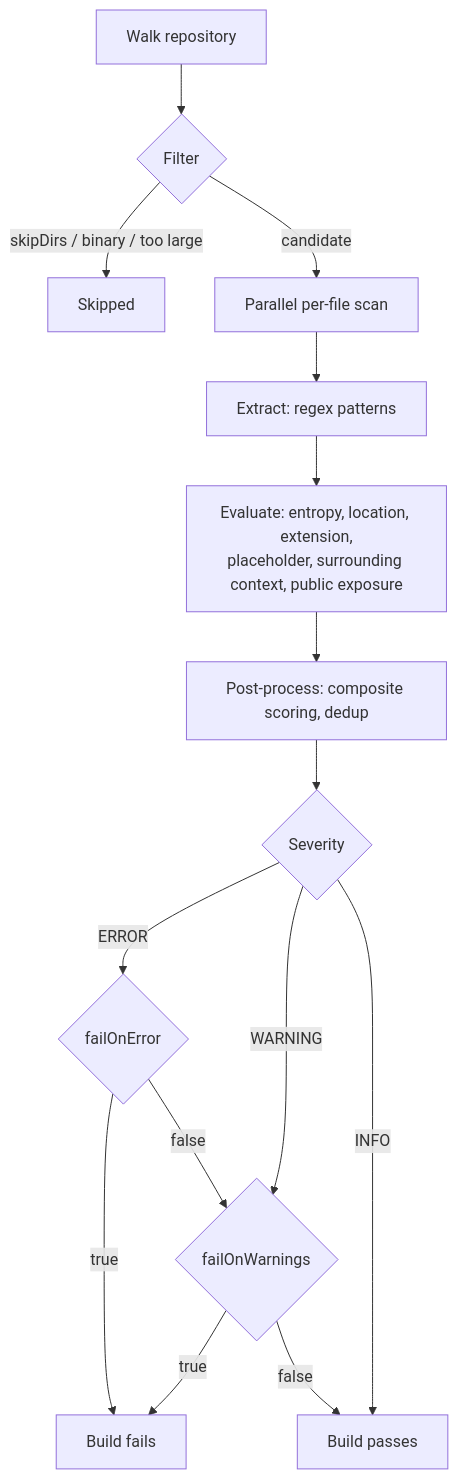
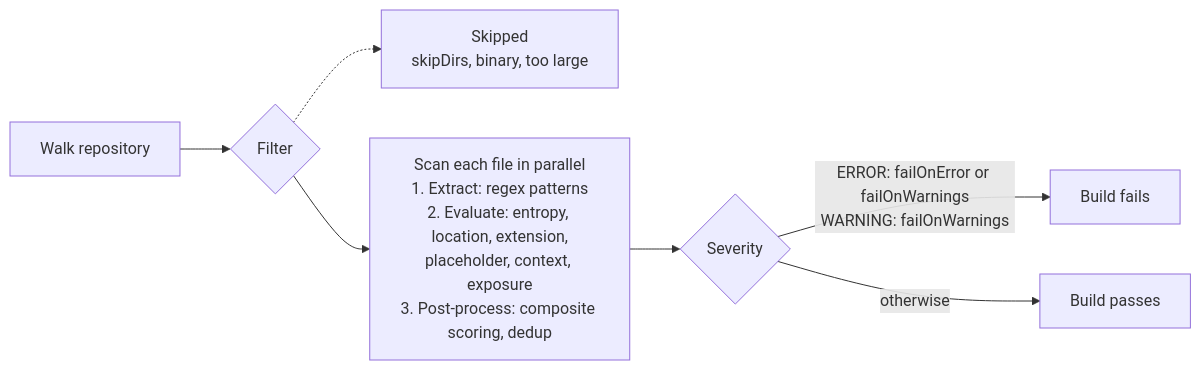
Before and after one commit to nikolas-charalambidis/facepalm-maven-plugin: the second of 2 diagrams in README.md, drawn with Mermaid.

Commit message:
docs: make the How it works diagram compact

````diff
--- a/README.md
+++ b/README.md
@@ -115,17 +115,9 @@
 ```mermaid
-flowchart TD
+flowchart LR
     W[Walk repository] --> F{Filter}
-    F -- skipDirs / binary / too large --> S[Skipped]
-    F -- candidate --> P[Parallel per-file scan]
-    P --> X[Extract: regex patterns]
-    X --> E[Evaluate: entropy, location, extension,<br/>placeholder, surrounding context, public exposure]
-    E --> PP[Post-process: composite scoring, dedup]
-    PP --> SV{Severity}
-    SV -- ERROR --> FE{failOnError}
-    SV -- WARNING --> FW{failOnWarnings}
-    SV -- INFO --> OK[Build passes]
-    FE -- true --> FAIL[Build fails]
-    FE -- false --> FW
-    FW -- true --> FAIL
-    FW -- false --> OK
+    F -.-> S["Skipped<br/>skipDirs, binary, too large"]
+    F --> X["Scan each file in parallel<br/>1. Extract: regex patterns<br/>2. Evaluate: entropy, location, extension,<br/>placeholder, context, exposure<br/>3. Post-process: composite scoring, dedup"]
+    X --> SV{Severity}
+    SV -- "ERROR: failOnError or failOnWarnings<br/>WARNING: failOnWarnings" --> FAIL[Build fails]
+    SV -- otherwise --> OK[Build passes]
 ```
````
